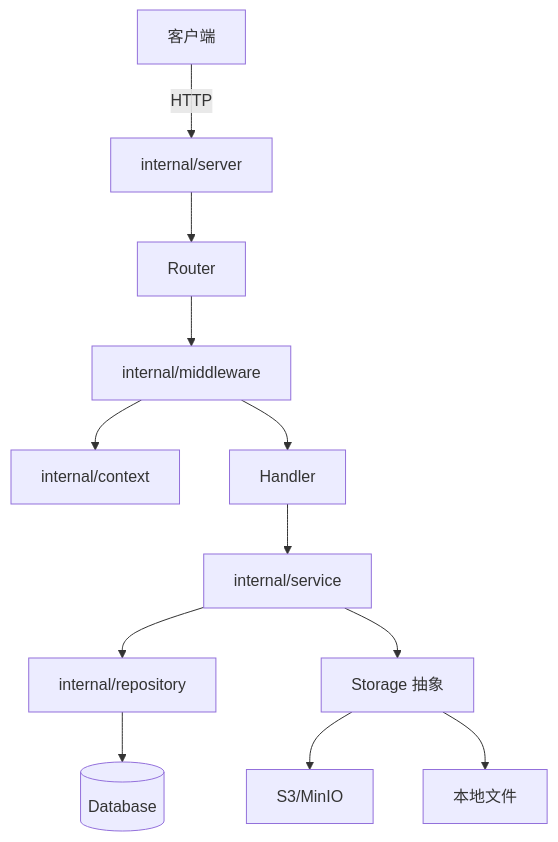
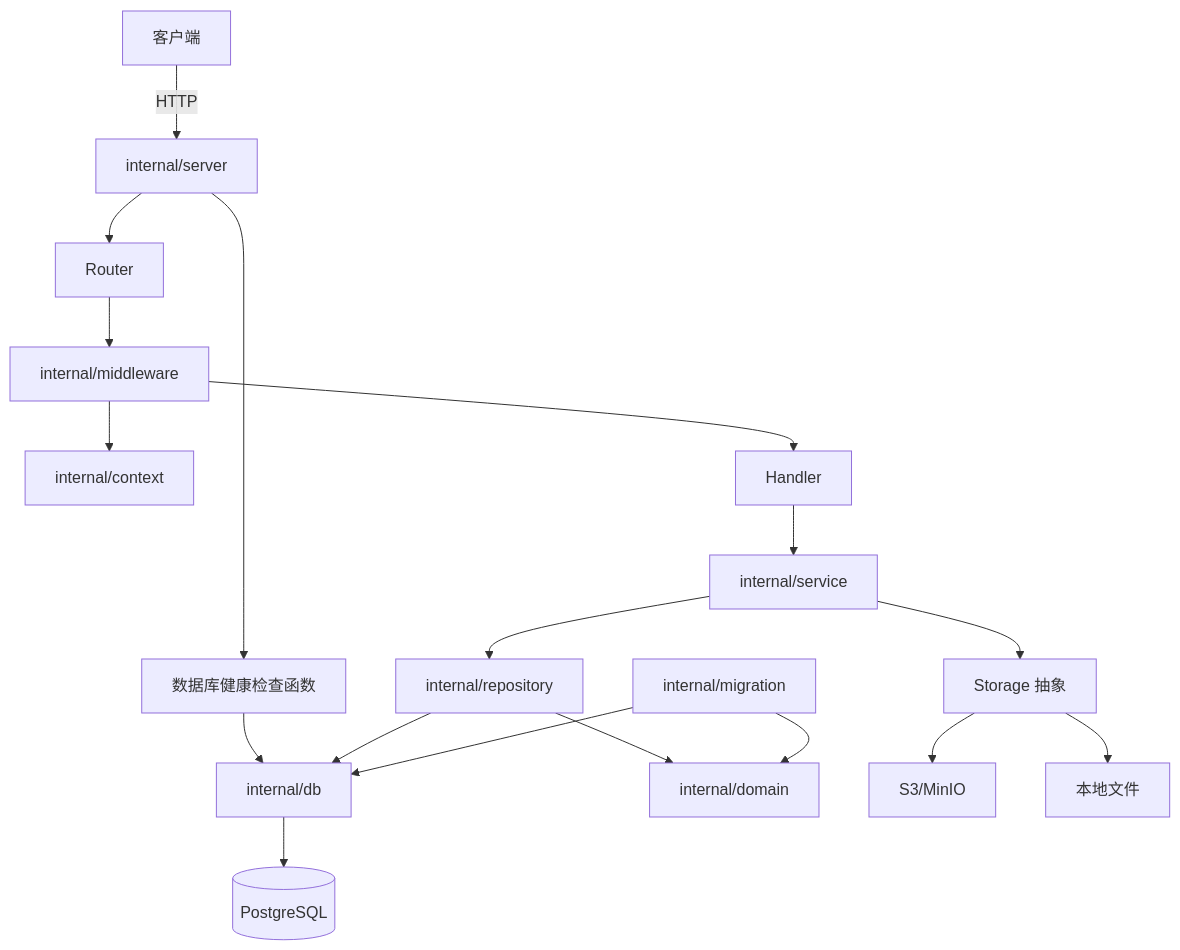
One commit to 1622359590/imaiplay changed the diagram in .codex/knowledge-graph.md. Above: the diagram before and after it, drawn with Mermaid. The commit also changed other lines of this file and 20 other files, not shown here.

Commit message:
feat: add PostgreSQL and GORM foundation

````diff
--- a/.codex/knowledge-graph.md
+++ b/.codex/knowledge-graph.md
@@ -5,14 +5,20 @@
 ```mermaid
 graph TD
     Client[客户端] -->|HTTP| Server[internal/server]
     Server --> Router[Router]
     Router --> Middleware[internal/middleware]
     Middleware --> Context[internal/context]
     Middleware --> Handler[Handler]
+    Server --> DBHealth[数据库健康检查函数]
+    DBHealth --> DB[internal/db]
     Handler --> Service[internal/service]
     Service --> Repository[internal/repository]
-    Repository --> DB[(Database)]
+    Repository --> Domain[internal/domain]
+    Repository --> DB
+    Migration[internal/migration] --> Domain
+    Migration --> DB
+    DB --> PostgreSQL[(PostgreSQL)]
     Service --> Storage[Storage 抽象]
     Storage --> S3[S3/MinIO]
     Storage --> Local[本地文件]
 ```
````
